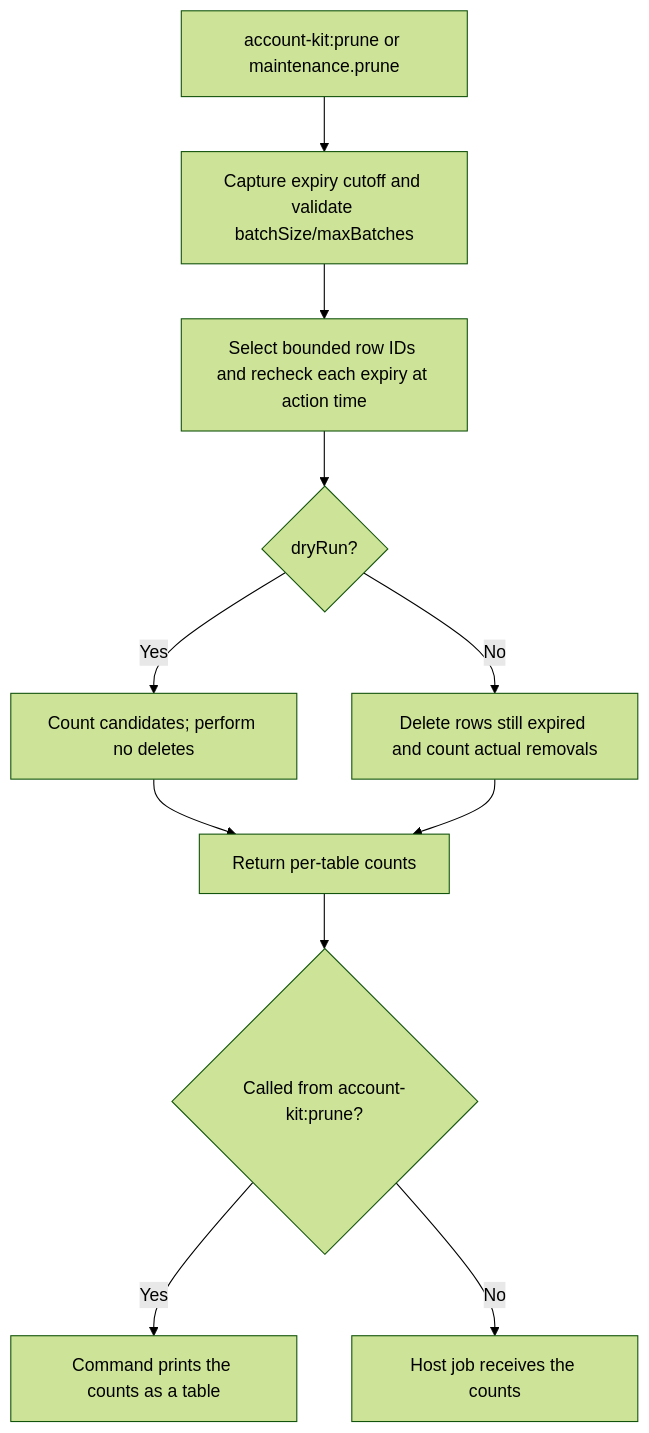
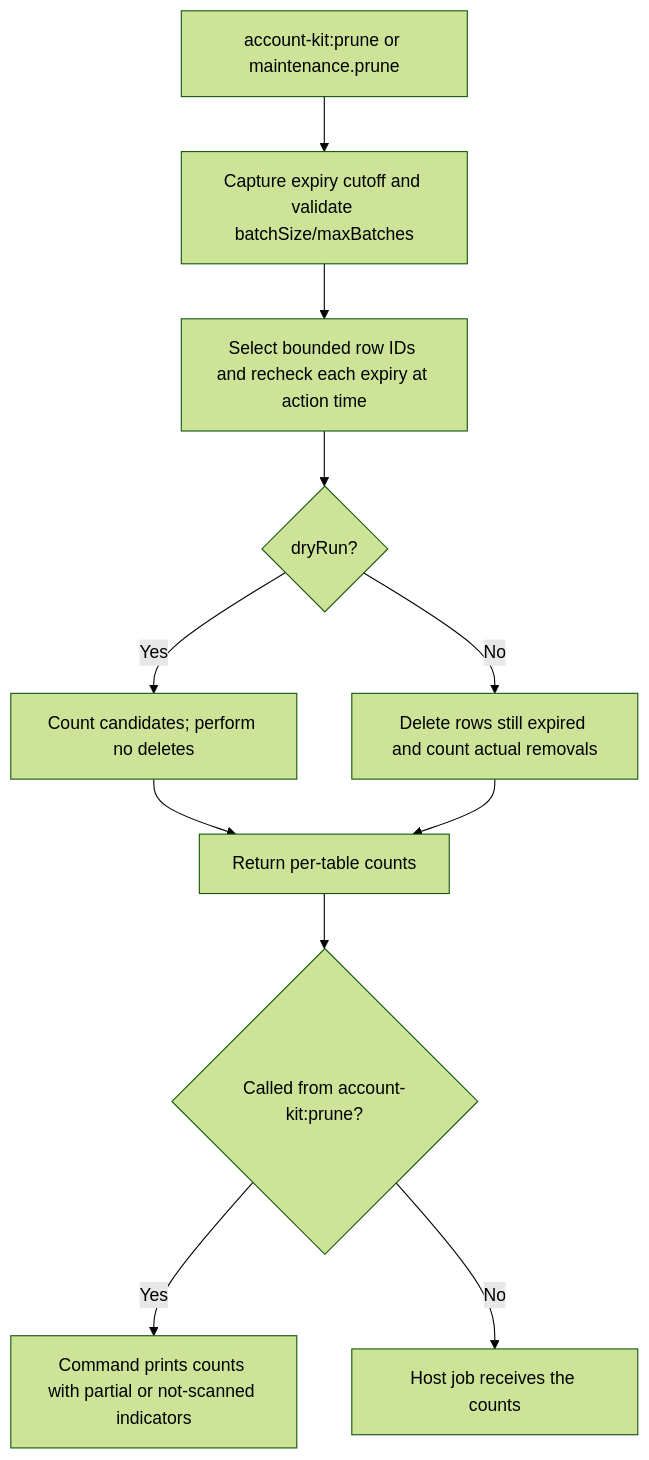
One commit to Kevinjohn/oss-adonisjs-account-kit changed the second of 2 diagrams in user-stories/US-ACCOUNT-33-prune-expired-records.md. Above: the diagram before and after it, drawn with Mermaid (forest theme). The commit also changed 43 other files, not shown here.

````diff
--- a/user-stories/US-ACCOUNT-33-prune-expired-records.md
+++ b/user-stories/US-ACCOUNT-33-prune-expired-records.md
@@ -34,13 +34,13 @@
 ```mermaid
 flowchart TD
  A["account-kit:prune or maintenance.prune"] --> B["Capture expiry cutoff and validate batchSize/maxBatches"]
  B --> C["Select bounded row IDs and recheck each expiry at action time"]
  C --> D{"dryRun?"}
  D -->|Yes| E["Count candidates; perform no deletes"]
  D -->|No| F["Delete rows still expired and count actual removals"]
  E --> G["Return per-table counts"]
  F --> G
  G --> H{"Called from account-kit:prune?"}
- H -->|Yes| I["Command prints the counts as a table"]
+ H -->|Yes| I["Command prints counts with partial or not-scanned indicators"]
  H -->|No| J["Host job receives the counts"]
 ```
````
